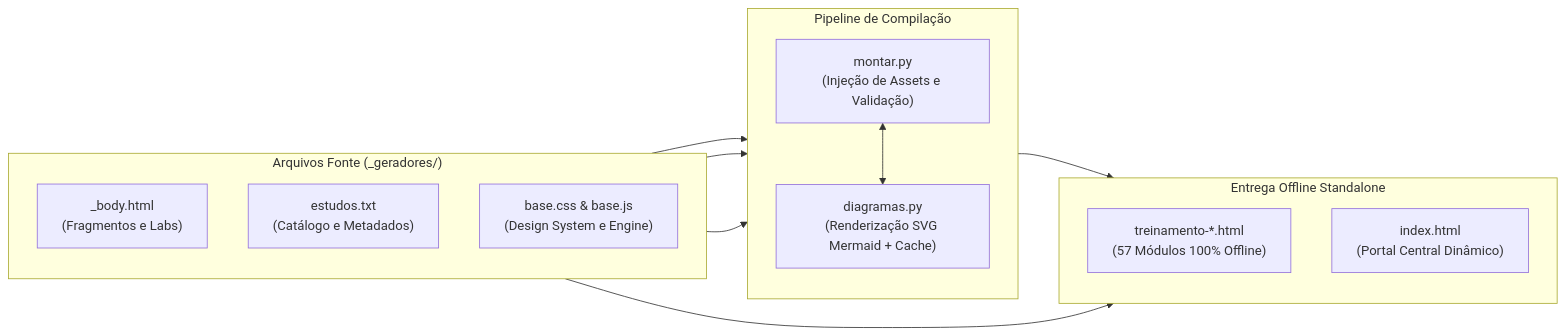
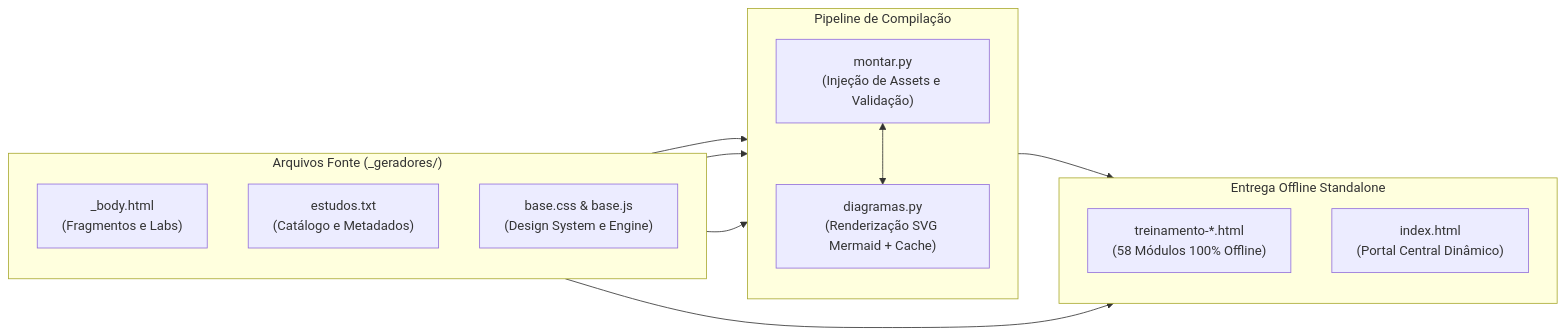
Before and after one commit to josemauromani/estudos-cyberseguranca: the second of 2 diagrams in README.md, drawn with Mermaid. The commit also changed other lines of this file and 17 other files, not shown here.

````diff
--- a/README.md
+++ b/README.md
@@ -207,28 +208,28 @@
 ```mermaid
 flowchart LR
     subgraph Fontes["Arquivos Fonte (_geradores/)"]
         direction TB
         B["_body.html<br>(Fragmentos e Labs)"]
         E["estudos.txt<br>(Catálogo e Metadados)"]
         A["base.css & base.js<br>(Design System e Engine)"]
     end
 
     subgraph Compilacao["Pipeline de Compilação"]
         direction TB
         M["montar.py<br>(Injeção de Assets e Validação)"]
         D["diagramas.py<br>(Renderização SVG Mermaid + Cache)"]
         M <--> D
     end
 
     subgraph Saida["Entrega Offline Standalone"]
         direction TB
-        H["treinamento-*.html<br>(57 Módulos 100% Offline)"]
+        H["treinamento-*.html<br>(58 Módulos 100% Offline)"]
         I["index.html<br>(Portal Central Dinâmico)"]
     end
 
     B --> M
     E --> M
     A --> M
     M --> H
     E --> I
 ```
````
